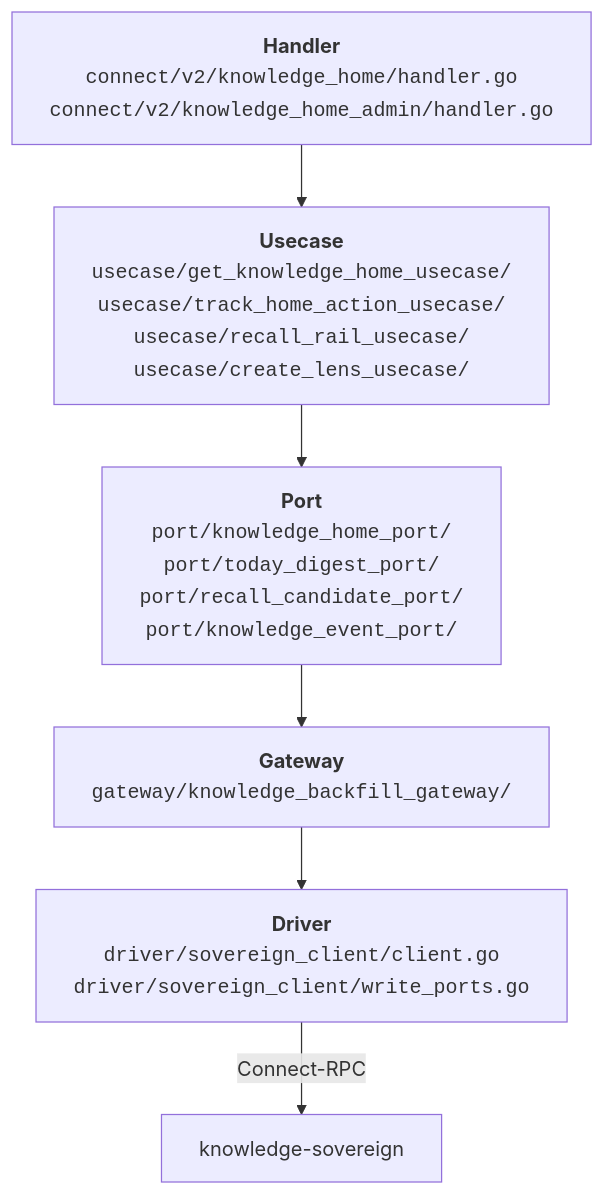
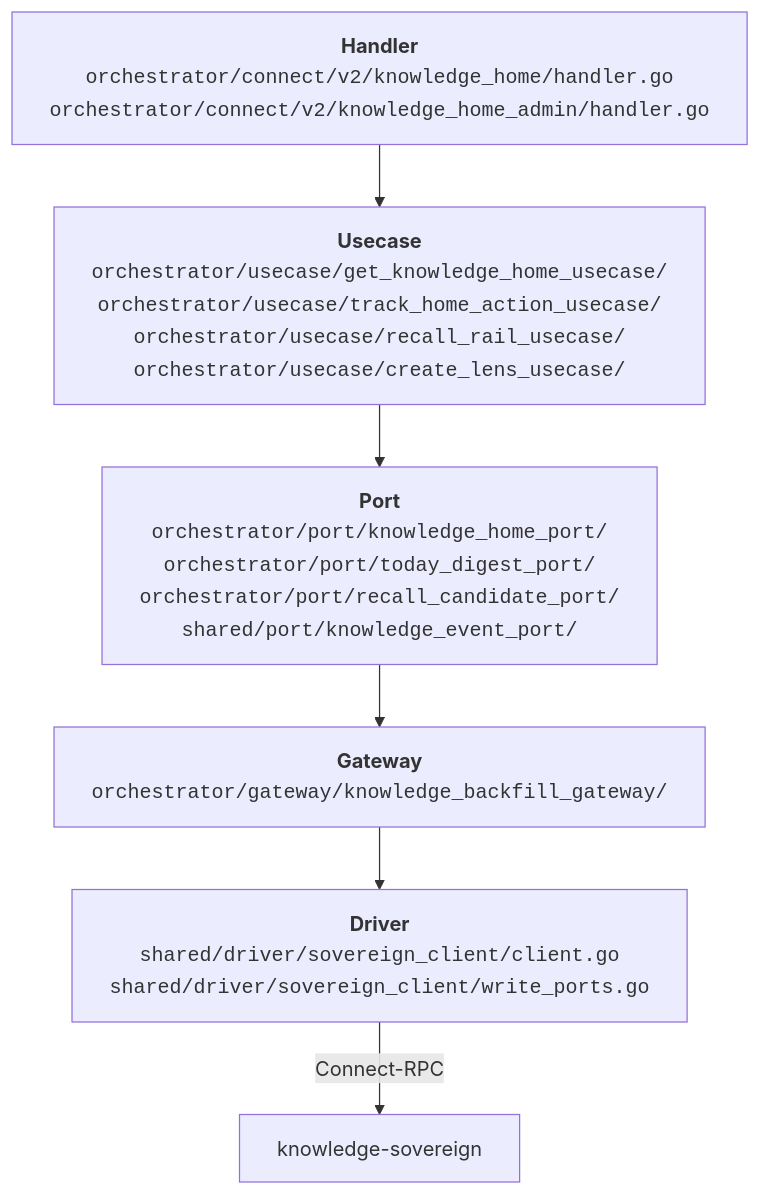
The second of 2 diagrams in docs/features/knowledge-home/architecture.md (Kaikei-e/Alt), drawn with Mermaid before and after one commit. The commit also changed other lines of this file and 205 other files, not shown here.

````diff
--- a/docs/features/knowledge-home/architecture.md
+++ b/docs/features/knowledge-home/architecture.md
@@ -79,11 +79,11 @@
 ```mermaid
 graph TB
-  H["<b>Handler</b><br/><code>connect/v2/knowledge_home/handler.go</code><br/><code>connect/v2/knowledge_home_admin/handler.go</code>"]
-  U["<b>Usecase</b><br/><code>usecase/get_knowledge_home_usecase/</code><br/><code>usecase/track_home_action_usecase/</code><br/><code>usecase/recall_rail_usecase/</code><br/><code>usecase/create_lens_usecase/</code>"]
-  P["<b>Port</b><br/><code>port/knowledge_home_port/</code><br/><code>port/today_digest_port/</code><br/><code>port/recall_candidate_port/</code><br/><code>port/knowledge_event_port/</code>"]
-  G["<b>Gateway</b><br/><code>gateway/knowledge_backfill_gateway/</code>"]
-  D["<b>Driver</b><br/><code>driver/sovereign_client/client.go</code><br/><code>driver/sovereign_client/write_ports.go</code>"]
+  H["<b>Handler</b><br/><code>orchestrator/connect/v2/knowledge_home/handler.go</code><br/><code>orchestrator/connect/v2/knowledge_home_admin/handler.go</code>"]
+  U["<b>Usecase</b><br/><code>orchestrator/usecase/get_knowledge_home_usecase/</code><br/><code>orchestrator/usecase/track_home_action_usecase/</code><br/><code>orchestrator/usecase/recall_rail_usecase/</code><br/><code>orchestrator/usecase/create_lens_usecase/</code>"]
+  P["<b>Port</b><br/><code>orchestrator/port/knowledge_home_port/</code><br/><code>orchestrator/port/today_digest_port/</code><br/><code>orchestrator/port/recall_candidate_port/</code><br/><code>shared/port/knowledge_event_port/</code>"]
+  G["<b>Gateway</b><br/><code>orchestrator/gateway/knowledge_backfill_gateway/</code>"]
+  D["<b>Driver</b><br/><code>shared/driver/sovereign_client/client.go</code><br/><code>shared/driver/sovereign_client/write_ports.go</code>"]
 
   H --> U --> P --> G --> D
   D -->|"Connect-RPC"| KS["knowledge-sovereign"]
 ```
````
